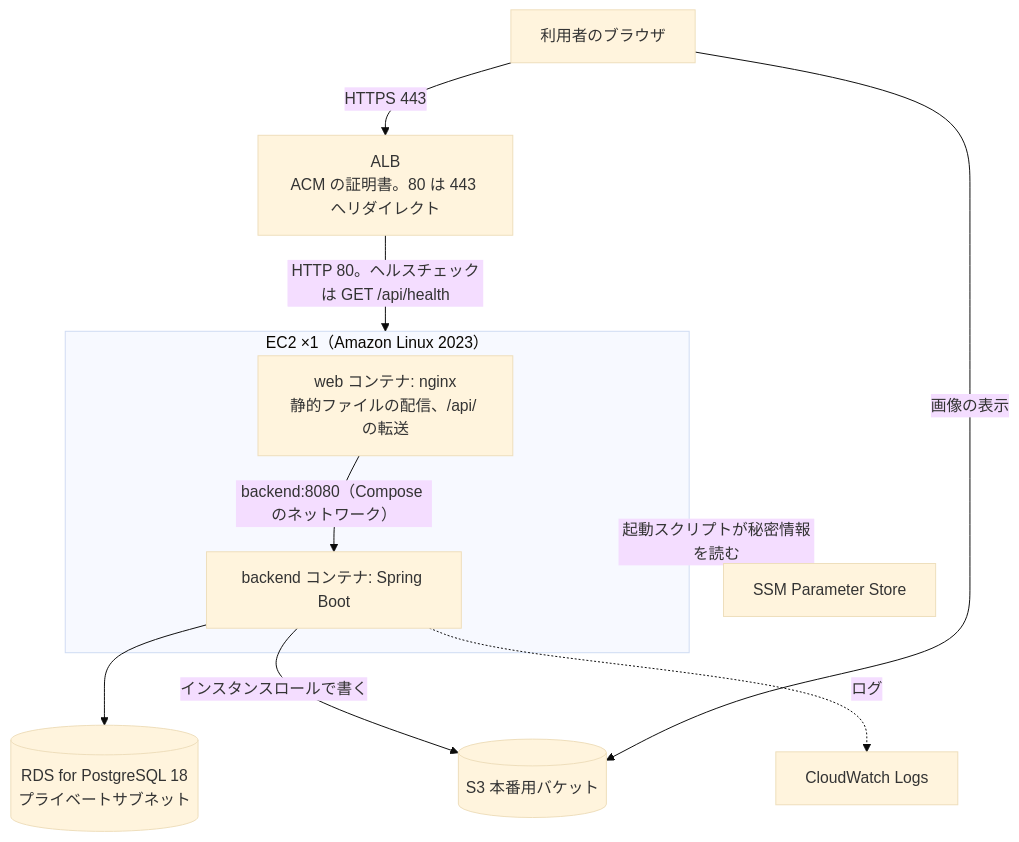
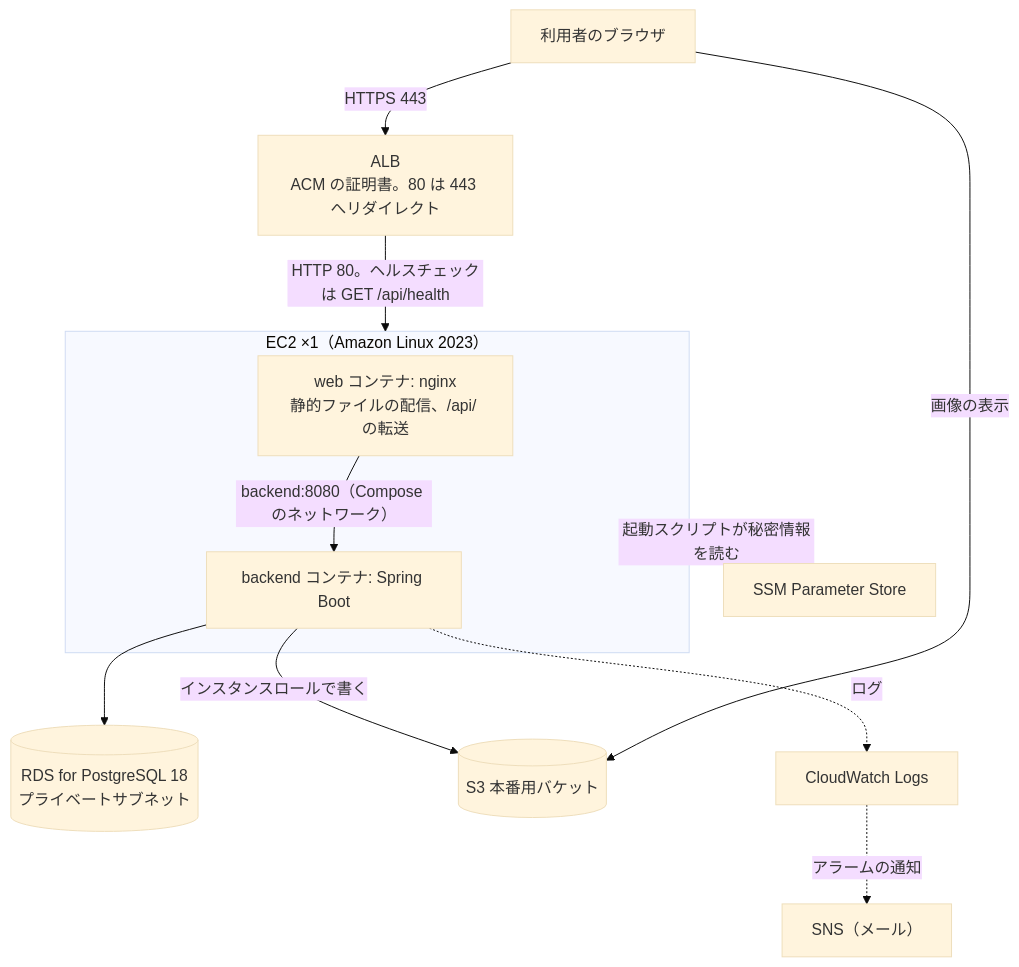
One commit to tk-media-code/raise-timeline changed the second of 2 diagrams in docs/architecture.md. Above: the diagram before and after it, drawn with Mermaid (base theme). The commit also changed other lines of this file and 3 other files, not shown here.

````diff
--- a/docs/architecture.md
+++ b/docs/architecture.md
@@ -64,13 +65,14 @@
 ```mermaid
 flowchart TB
     U[利用者のブラウザ] -->|"HTTPS 443"| ALB["ALB<br/>ACM の証明書。80 は 443 へリダイレクト"]
     ALB -->|"HTTP 80。ヘルスチェックは GET /api/health"| EC2
     subgraph EC2 ["EC2 ×1（Amazon Linux 2023）"]
         N["web コンテナ: nginx<br/>静的ファイルの配信、/api/ の転送"] -->|"backend:8080（Compose のネットワーク）"| A["backend コンテナ: Spring Boot"]
     end
     A --> RDS[("RDS for PostgreSQL 18<br/>プライベートサブネット")]
     A -->|"インスタンスロールで書く"| S3[("S3 本番用バケット")]
     U -->|"画像の表示"| S3
     EC2 -.->|"起動スクリプトが秘密情報を読む"| SSM["SSM Parameter Store"]
     A -.->|"ログ"| CW["CloudWatch Logs"]
+    CW -.->|"アラームの通知"| SNS["SNS（メール）"]
 ```
````
